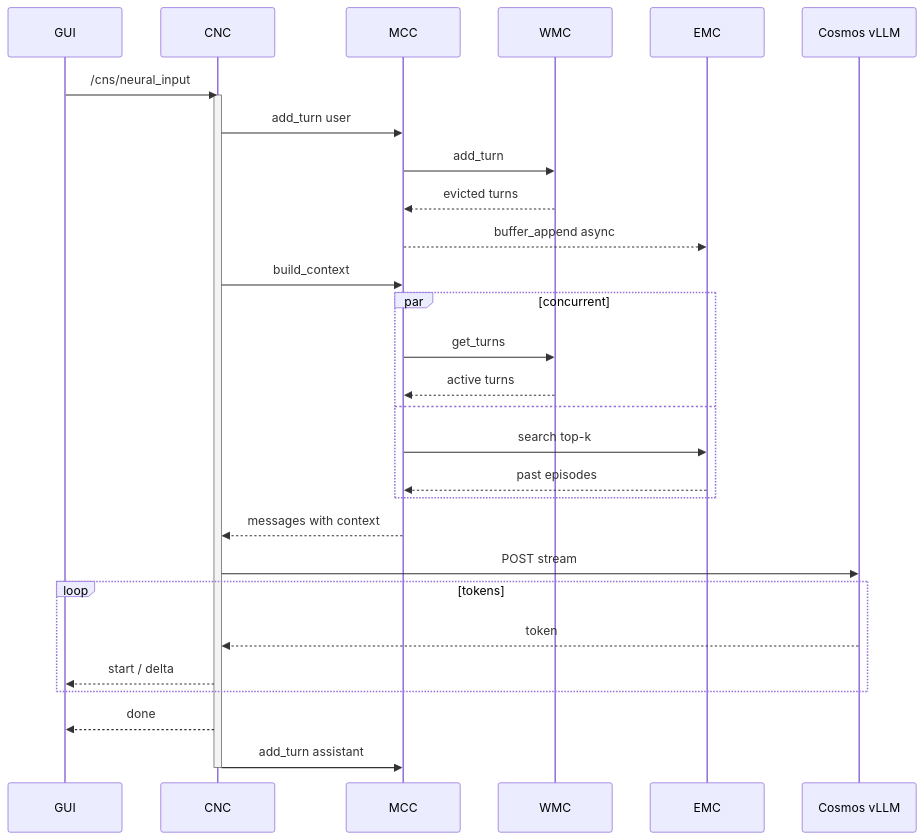
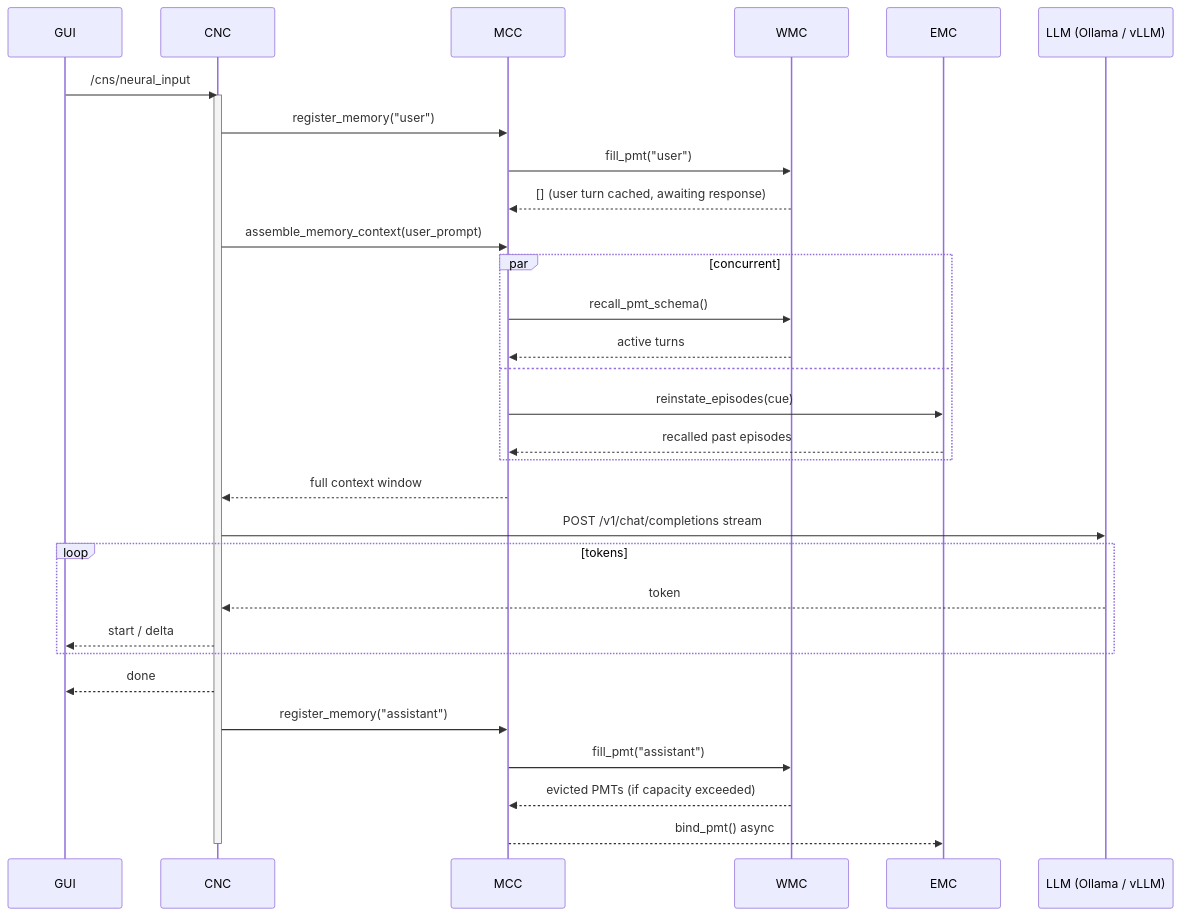
Before and after one commit to OppaAI/AGi: the second of 2 diagrams in README.md, drawn with Mermaid. The commit also changed other lines of this file, not shown here.

First line of the commit message:
Revise project details and architecture in README

````diff
--- a/README.md
+++ b/README.md
@@ -291,37 +235,39 @@
 ```mermaid
 sequenceDiagram
     participant GUI
     participant CNC
     participant MCC
     participant WMC
     participant EMC
-    participant COSMOS as Cosmos vLLM
+    participant LLM as LLM (Ollama / vLLM)
  
     GUI->>CNC: /cns/neural_input
     activate CNC
  
-    CNC->>MCC: add_turn user
-    MCC->>WMC: add_turn
-    WMC-->>MCC: evicted turns
-    MCC-->>EMC: buffer_append async
+    CNC->>MCC: register_memory("user")
+    MCC->>WMC: fill_pmt("user")
+    WMC-->>MCC: [] (user turn cached, awaiting response)
  
-    CNC->>MCC: build_context
+    CNC->>MCC: assemble_memory_context(user_prompt)
     par concurrent
-        MCC->>WMC: get_turns
+        MCC->>WMC: recall_pmt_schema()
         WMC-->>MCC: active turns
     and
-        MCC->>EMC: search top-k
-        EMC-->>MCC: past episodes
+        MCC->>EMC: reinstate_episodes(cue)
+        EMC-->>MCC: recalled past episodes
     end
-    MCC-->>CNC: messages with context
+    MCC-->>CNC: full context window
  
-    CNC->>COSMOS: POST stream
+    CNC->>LLM: POST /v1/chat/completions stream
     loop tokens
-        COSMOS-->>CNC: token
+        LLM-->>CNC: token
         CNC-->>GUI: start / delta
     end
     CNC-->>GUI: done
  
-    CNC->>MCC: add_turn assistant
+    CNC->>MCC: register_memory("assistant")
+    MCC->>WMC: fill_pmt("assistant")
+    WMC-->>MCC: evicted PMTs (if capacity exceeded)
+    MCC-->>EMC: bind_pmt() async
     deactivate CNC
 ```
````
